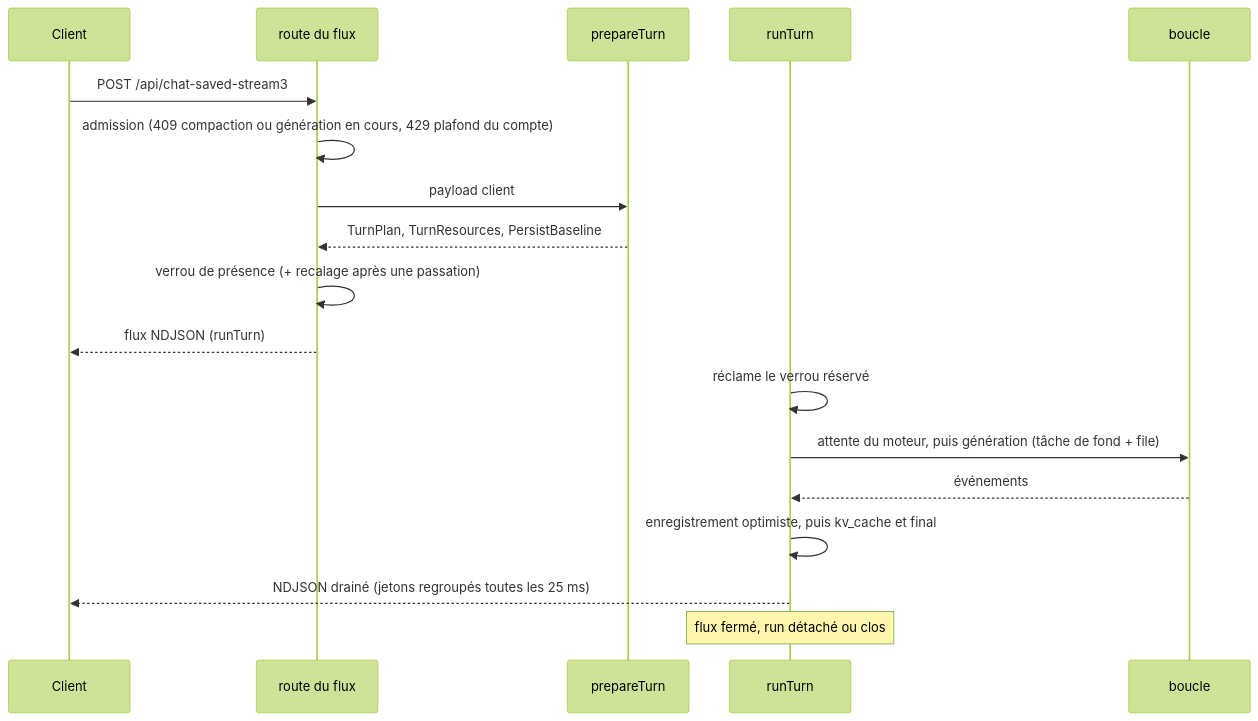
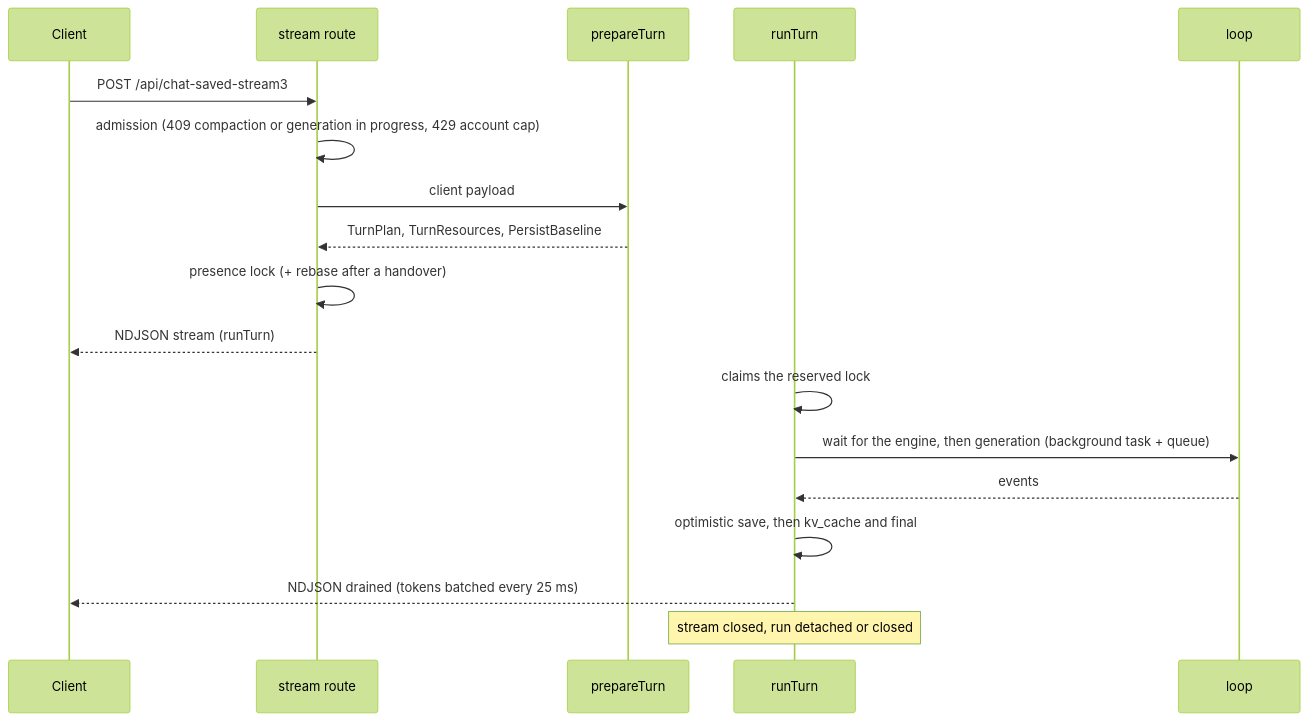
The seventh of 16 diagrams in docs/architecture.md (toto-fou/Elpis), drawn with Mermaid (forest theme) before and after one commit. The commit also changed other lines of this file and 43 other files, not shown here.

````diff
--- a/docs/architecture.md
+++ b/docs/architecture.md
@@ -729,20 +731,20 @@
 ```mermaid
 sequenceDiagram
     participant C as Client
-    participant H as route du flux
+    participant H as stream route
     participant P as prepareTurn
     participant R as runTurn
-    participant B as boucle
+    participant B as loop
     C->>H: POST /api/chat-saved-stream3
-    H->>H: admission (409 compaction ou génération en cours, 429 plafond du compte)
-    H->>P: payload client
+    H->>H: admission (409 compaction or generation in progress, 429 account cap)
+    H->>P: client payload
     P-->>H: TurnPlan, TurnResources, PersistBaseline
-    H->>H: verrou de présence (+ recalage après une passation)
-    H-->>C: flux NDJSON (runTurn)
-    R->>R: réclame le verrou réservé
-    R->>B: attente du moteur, puis génération (tâche de fond + file)
-    B-->>R: événements
-    R->>R: enregistrement optimiste, puis kv_cache et final
-    R-->>C: NDJSON drainé (jetons regroupés toutes les 25 ms)
-    Note over R: flux fermé, run détaché ou clos
+    H->>H: presence lock (+ rebase after a handover)
+    H-->>C: NDJSON stream (runTurn)
+    R->>R: claims the reserved lock
+    R->>B: wait for the engine, then generation (background task + queue)
+    B-->>R: events
+    R->>R: optimistic save, then kv_cache and final
+    R-->>C: NDJSON drained (tokens batched every 25 ms)
+    Note over R: stream closed, run detached or closed
 ```
````
